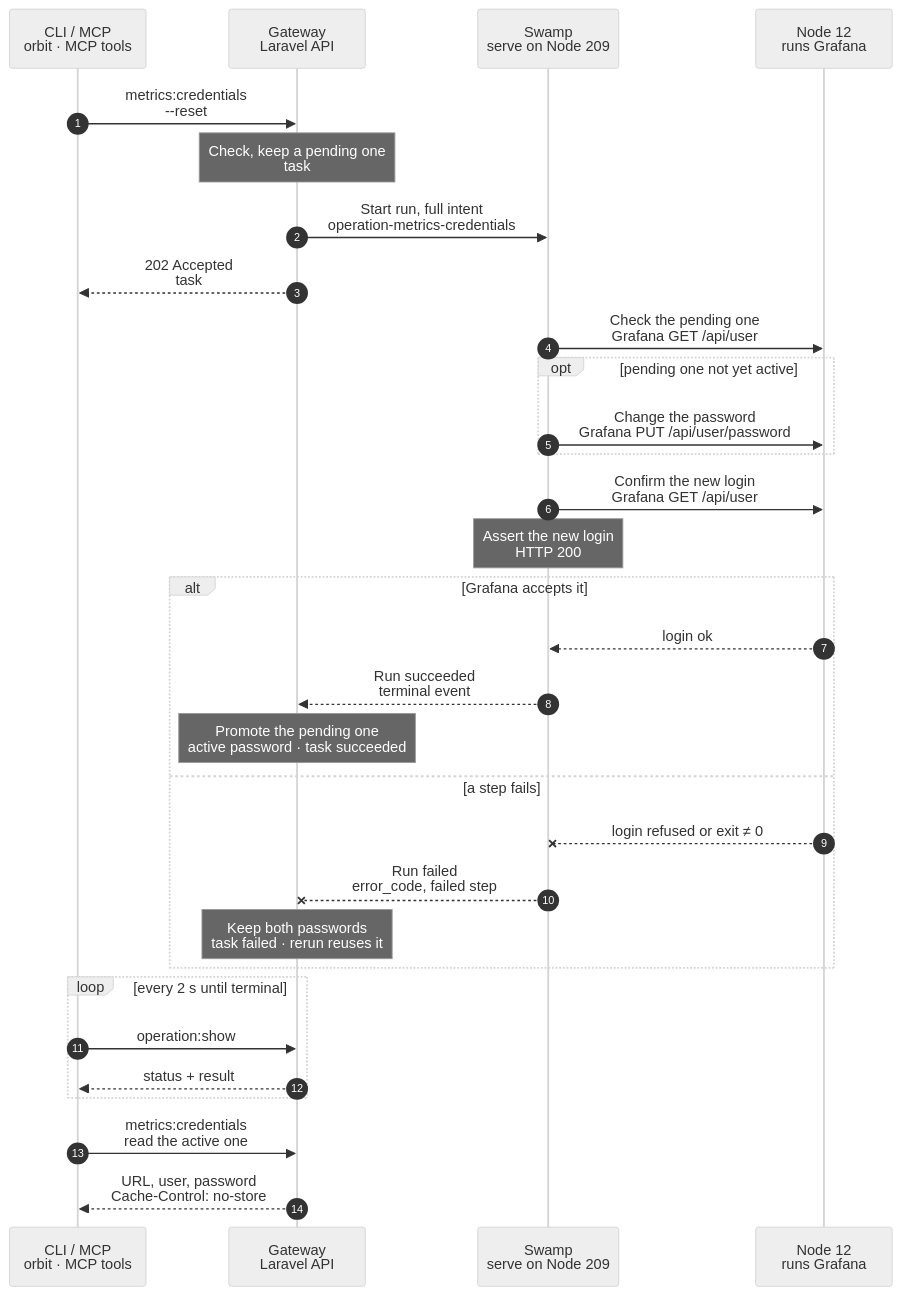
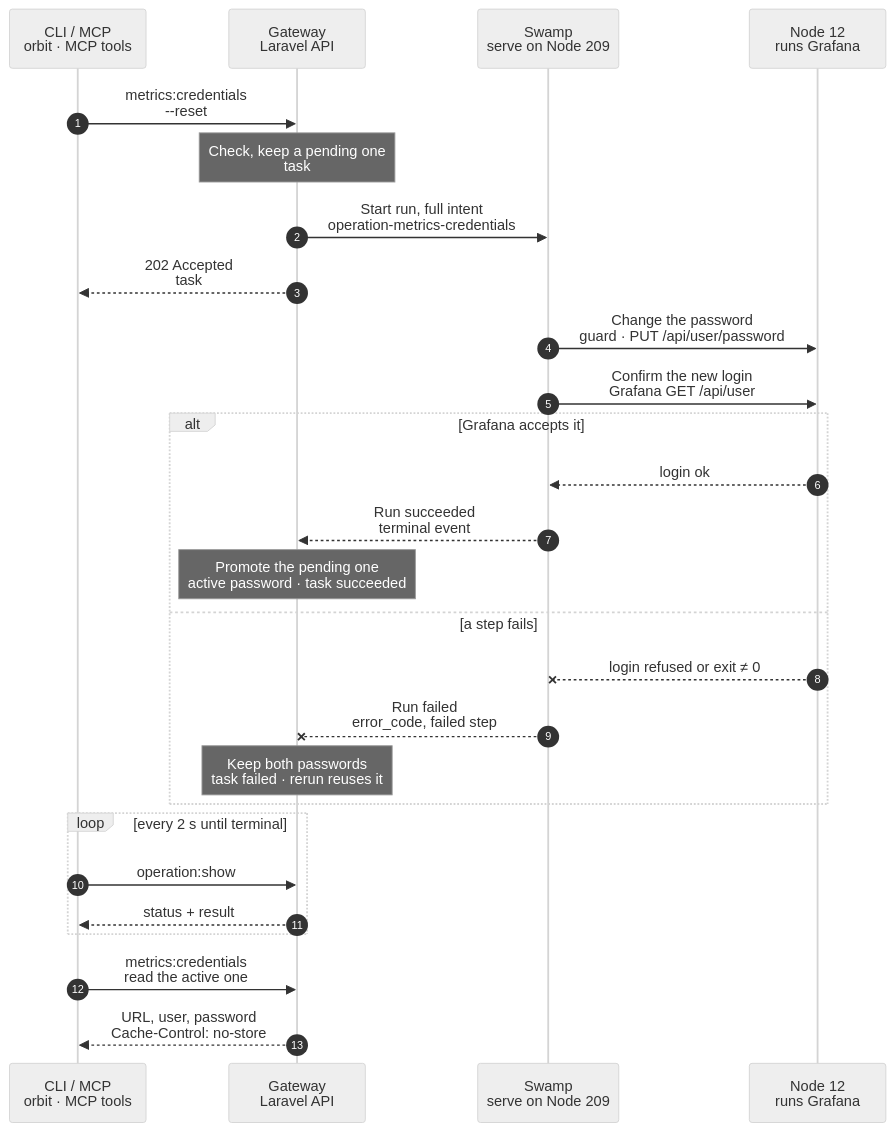
Before and after one commit to hardimpactdev/orbit: the diagram in docs/cli/metrics/credentials.mmd, drawn with Mermaid (neutral theme).

Commit message:
docs(cli): tighten metrics.credentials_reset chart

```diff
--- a/docs/cli/metrics/credentials.mmd
+++ b/docs/cli/metrics/credentials.mmd
@@ -1,111 +1,104 @@
 sequenceDiagram
   %% Target design: ADR 0244 task, DECISIONS R2-R4 (secrets Gateway → vault → step), env_import vault-overwrite decision, single-swamp-node. docs/reference/metrics.md#credentials.
+  %% Tightened: flow-tighten 2026-11-02, rules 16, 20, 22 (the pending-login read becomes the guard of the change step; password file via cfgmgmt file).
   %% status: reviewed
   %% command: metrics:credentials
   %% kind: metrics.credentials_reset
   autonumber
   %% lane CLI icon=terminal pill=caller tone=gray
   %% lane GW icon=gateway pill=intent tone=blue
   %% lane SW icon=workflow pill=executes tone=green
   %% lane N icon=server pill=target tone=amber
   participant CLI as CLI / MCP<br/>orbit · MCP tools
   participant GW as Gateway<br/>Laravel API
   participant SW as Swamp<br/>serve on Node 209
   participant N as Node 12<br/>runs Grafana
   CLI->>GW: metrics:credentials<br/>--reset
   %%> Command:
   %%> - `orbit metrics:credentials --reset`
   %%> - syntax: `[--reset] [--json]`
   %%> What it does:
   %%> - gives Grafana's `admin` user a new random password
   %%> - without `--reset`, the command only reads the stored credential; that read starts no task
   %%> Who can call it:
   %%> - the `orbit` CLI and the MCP tool send the same request
   Note over GW: Check, keep a pending one<br/>task #5175 · vault key
   %%> Requirements:
   %%> - exactly one active Gateway Node, and your Node has an access grant to it
   %%> - the `metrics` role on Node 12 is active
   %%> - no other reset or Metrics role change runs; the Gateway holds one Metrics lock
   %%> Secrets:
   %%> - creates a random pending password, or reuses the one a failed reset left; both are stored encrypted
-  %%> - puts three curl configurations in the vault under `metrics-credentials-operation-5175-probe`, `-apply` and `-confirm`; inputs hold only their names
+  %%> - pushes the active and the pending password to the Swamp vault as key `metrics-credentials-operation-5175`; the inputs hold only that name (R3)
   %%> Result:
   %%> - task #5175 recorded with the full intent
   %%> - the active password still works; nothing has changed in Grafana yet
   GW->>SW: Start run, full intent<br/>operation-metrics-credentials
   %%> What it does:
   %%> - starts one Swamp run on serve (Node 209)
   %%> Inputs:
   %%> - Grafana's address on Node 12, and the vault key name
   %%> - Node 12's address and SSH host keys; the SSH identity comes from the `swamp` role
   GW-->>CLI: 202 Accepted<br/>task #5175
   %%> What you get:
   %%> - the task number, at once
   %%> Next:
   %%> - the CLI follows the task with `operation:show`
-  SW->>N: Check the pending one<br/>Grafana GET /api/user
+  SW->>N: Change the password<br/>guard · PUT /api/user/password
+  %%> Guard:
+  %%> - skips the change when the pending password already logs in as `admin`; an earlier reset may have changed it already
   %%> What it does:
-  %%> - tries to log in as `admin` with the pending password
-  %%> Why:
-  %%> - an earlier reset may have changed it already; then there is nothing to change
+  %%> - logs in with the active password and sets the pending one through Grafana's API
+  %%> - writes the pending password to the role's protected password file with `@swamp/cfgmgmt/file`, so the role's health check uses it
   %%> How:
-  %%> - official `@swamp/ssh exec` runs one bounded curl command; `vault.get` supplies its configuration through stdin
-  %%> - only the HTTP status enters history; the response body goes to `/dev/null`
-  opt pending one not yet active
-    SW->>N: Change the password<br/>Grafana PUT /api/user/password
-    %%> What it does:
-    %%> - logs in with the active password and sets the pending one through Grafana's API
-    %%> Gentle:
-    %%> - no container restart; Grafana keeps serving
-  end
+  %%> - official `@swamp/ssh` from 209; the passwords reach the step with `vault.get` and go through stdin
+  %%> Gentle:
+  %%> - no container restart; Grafana keeps serving
   SW->>N: Confirm the new login<br/>Grafana GET /api/user
   %%> What it does:
   %%> - logs in with the pending password and expects success
   %%> Why:
   %%> - the reset only counts when Grafana accepts the new password
-  Note over SW: Assert the new login<br/>HTTP 200
-  %%> What it does:
-  %%> - Swamp's native assert requires HTTP 200; an unexpected response fails the run
   alt Grafana accepts it
     N-->>SW: login ok
     %%> Returns:
     %%> - the check passed; no password in the output
     SW-->>GW: Run succeeded<br/>terminal event
     %%> How the Gateway learns it:
     %%> - its shared run reader sees the terminal event; Swamp never calls the Gateway
     Note over GW: Promote the pending one<br/>active password · task succeeded
     %%> Result:
     %%> - the pending password becomes the active one
     %%> - the vault key is deleted with the native `vault.delete` frame
     %%> - task #5175 succeeds
   else a step fails
     N--xSW: login refused or exit ≠ 0
     %%> When:
     %%> - Grafana doesn't answer, refuses the active password, or refuses the new one
     SW--xGW: Run failed<br/>error_code, failed step
     %%> The Gateway reads:
     %%> - which step failed and its error code
     Note over GW: Keep both passwords<br/>task failed · rerun reuses it
     %%> Result:
     %%> - the active password stays stored, and the pending one is kept
     %%> - task #5175 fails
     %%> Retry:
     %%> - run `orbit metrics:credentials --reset` again; it reuses the pending password and checks it before any change
   end
   loop every 2 s until terminal
     CLI->>GW: operation:show #5175
     %%> What it does:
     %%> - asks for the task's status every 2 seconds until it has ended
     GW-->>CLI: status + result
     %%> Returns:
     %%> - the current status, and the result once the task has ended
   end
   CLI->>GW: metrics:credentials<br/>read the active one
   %%> What it does:
   %%> - after success, the CLI reads the stored credential
   %%> When:
   %%> - human output only; with `--json`, the CLI returns the task instead
   GW-->>CLI: URL, user, password<br/>Cache-Control: no-store
   %%> Returns:
   %%> - the URL `https://metrics.orbit`, the user `admin` and the active password
   %%> - the read runs nothing on a Node
```
